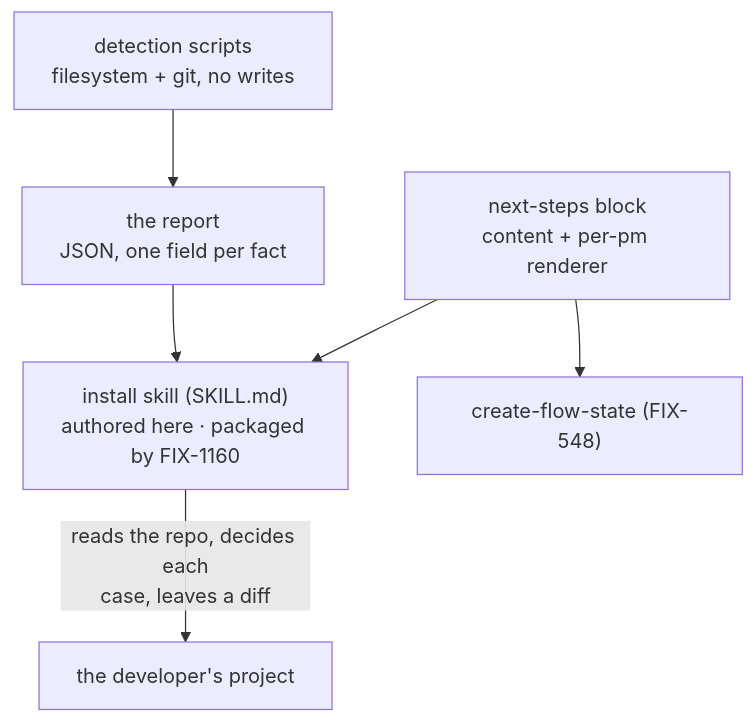
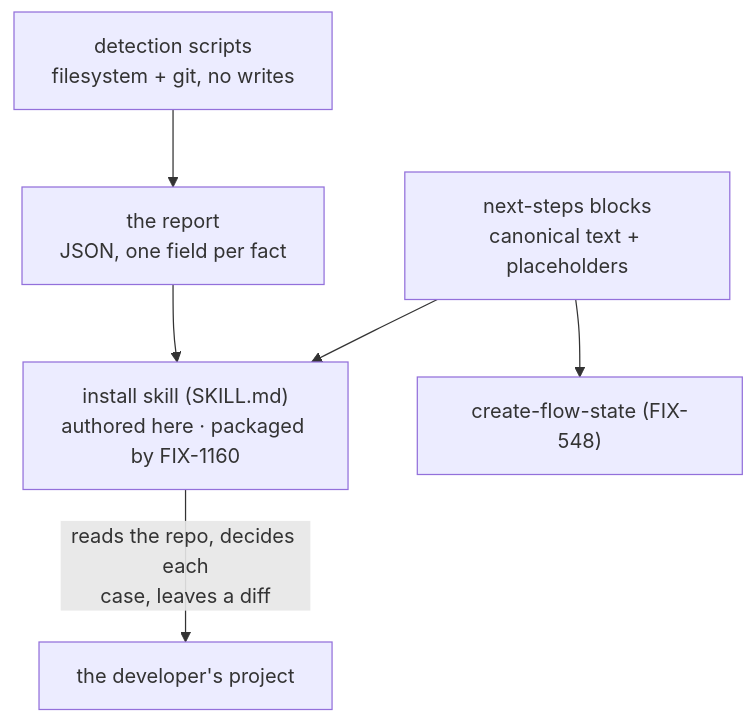
The diagram in spec/FIX-1159.md (fixpoint-labs/flow-state-dev), drawn with Mermaid before and after one commit. The commit also changed other lines of this file, not shown here.

First line of the commit message:
spec(FIX-1159): credential ordering, provider contract, integration path, source blocks

````diff
--- a/spec/FIX-1159.md
+++ b/spec/FIX-1159.md
@@ -357,8 +361,8 @@
 ```mermaid
 flowchart TB
   D["detection scripts<br/>filesystem + git, no writes"] --> R["the report<br/>JSON, one field per fact"]
   R --> S["install skill (SKILL.md)<br/>authored here · packaged by FIX-1160"]
   S -->|"reads the repo, decides each<br/>case, leaves a diff"| P["the developer's project"]
-  N["next-steps block<br/>content + per-pm renderer"] --> S
+  N["next-steps blocks<br/>canonical text + placeholders"] --> S
   N --> G["create-flow-state (FIX-548)"]
 ```
````
